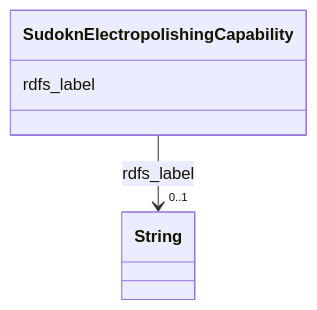
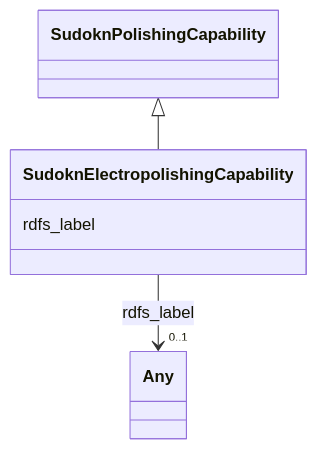
The diagram in sudokn-kg/classes/SudoknElectropolishingCapability.md (frink-okn/graph-descriptions), drawn with Mermaid before and after one commit. The commit also changed other lines of this file and 903 other files, not shown here.

````diff
--- a/sudokn-kg/classes/SudoknElectropolishingCapability.md
+++ b/sudokn-kg/classes/SudoknElectropolishingCapability.md
@@ -23,15 +18,18 @@
 ```mermaid
  classDiagram
     class SudoknElectropolishingCapability
     click SudoknElectropolishingCapability href "../SudoknElectropolishingCapability"
+      SudoknPolishingCapability <|-- SudoknElectropolishingCapability
+        click SudoknPolishingCapability href "../SudoknPolishingCapability"
+      
       SudoknElectropolishingCapability : rdfs_label
         
           
     
     
-    SudoknElectropolishingCapability --> "0..1" String : rdfs_label
-    click String href "../String"
+    SudoknElectropolishingCapability --> "0..1" Any : rdfs_label
+    click Any href "../Any"
 
         
       
 ```
````
